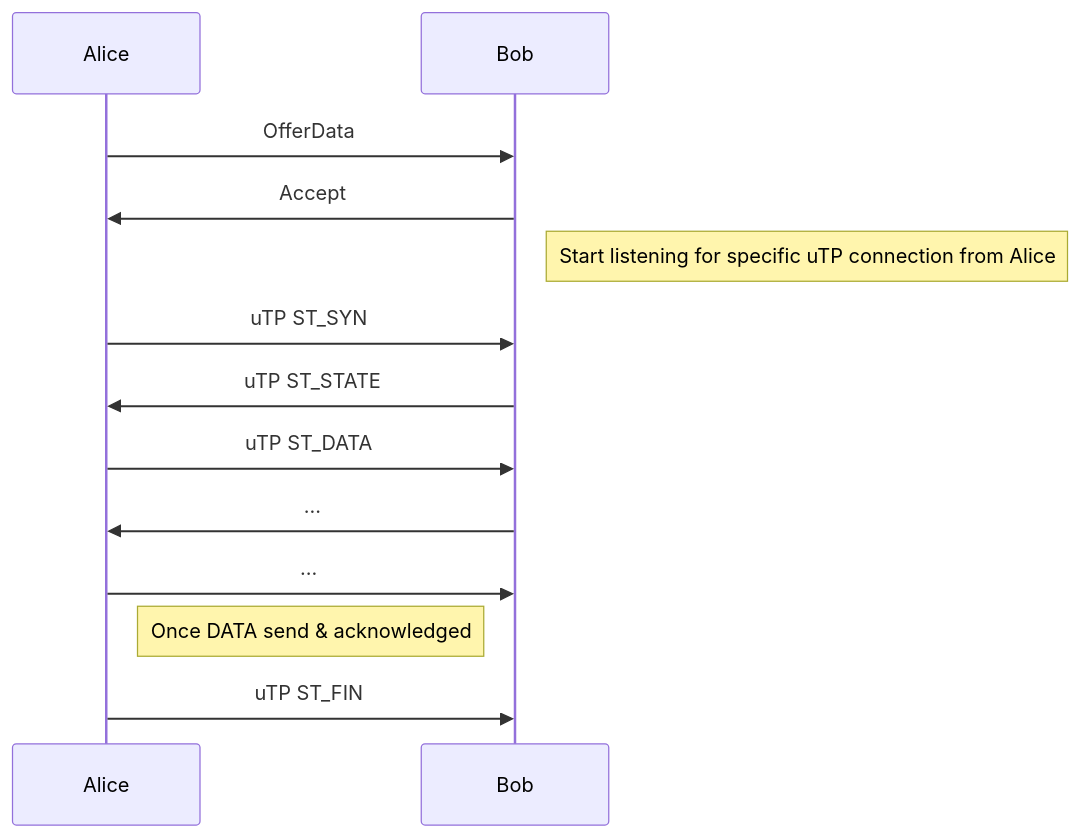
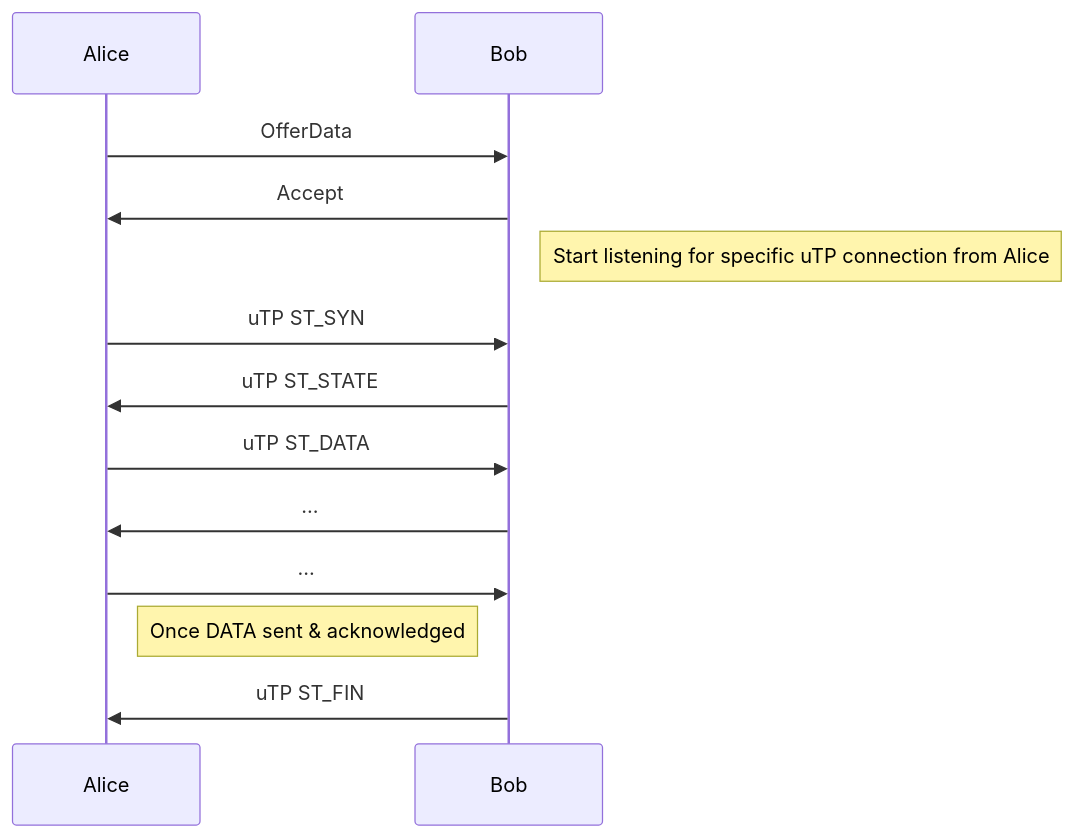
Before and after one commit to ethereum/portal-network-specs: the second of 2 diagrams in discv5-utp.md, drawn with Mermaid. The commit also changed other lines of this file, not shown here.

````diff
--- a/discv5-utp.md
+++ b/discv5-utp.md
@@ -110,14 +110,14 @@
 ```mermaid
     sequenceDiagram
         Alice->>Bob: OfferData
         Bob->>Alice: Accept
         Note right of Bob: Start listening for specific uTP connection from Alice
         Alice->>Bob: uTP ST_SYN
         Bob->>Alice: uTP ST_STATE
         Alice->>Bob: uTP ST_DATA
         Bob->>Alice: ...
         Alice->>Bob: ...
-        Note left of Bob: Once DATA send & acknowledged
-        Alice->>Bob: uTP ST_FIN
+        Note left of Bob: Once DATA sent & acknowledged
+        Bob->>Alice: uTP ST_FIN
 
 ```
````
